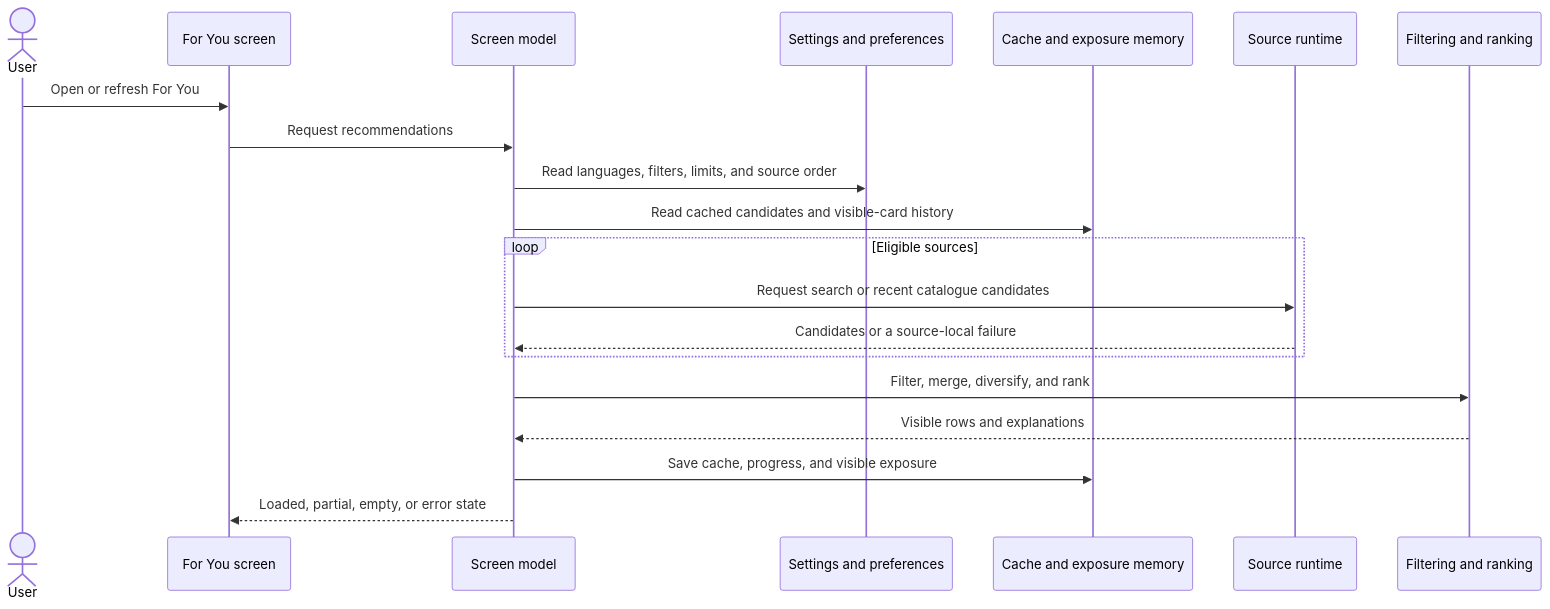
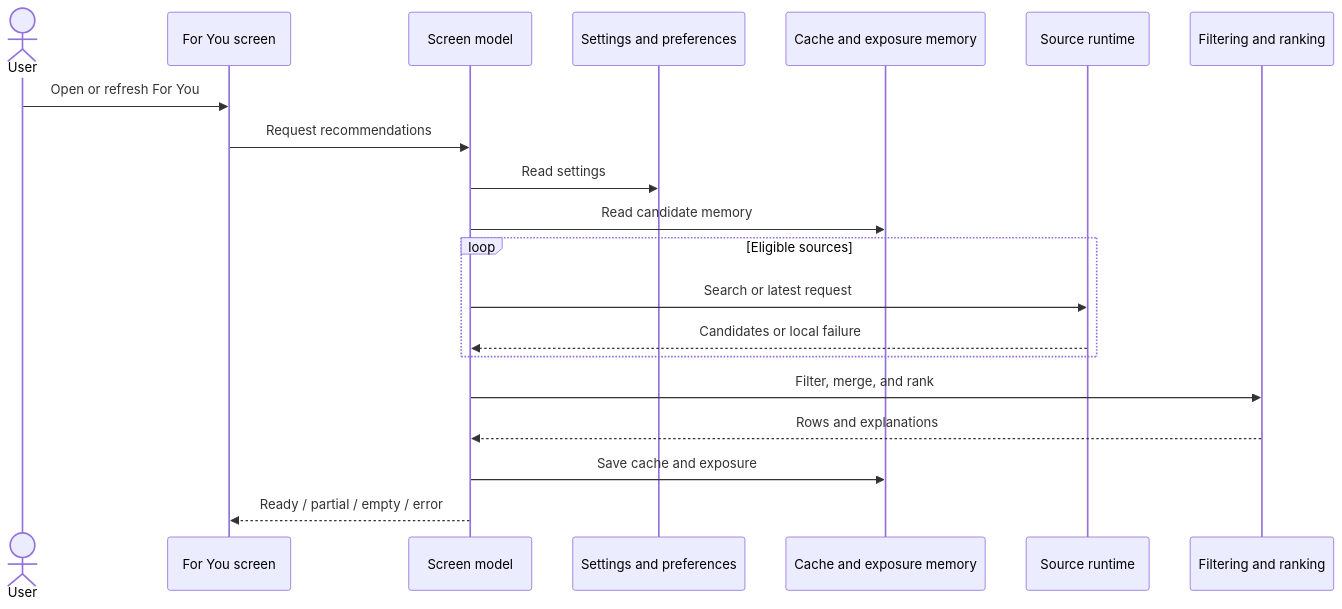
One commit to FancyCorey/komikku-KMK changed the second of 4 diagrams in docs/kmk/feature-guides/personalized-recommendations-and-discovery.md. Above: the diagram before and after it, drawn with Mermaid. The commit also changed 9 other files, not shown here.

Commit message:
Improve Mermaid diagram readability

````diff
--- a/docs/kmk/feature-guides/personalized-recommendations-and-discovery.md
+++ b/docs/kmk/feature-guides/personalized-recommendations-and-discovery.md
@@ -49,23 +49,23 @@
 ```mermaid
 sequenceDiagram
     actor User
     participant Screen as For You screen
     participant Model as Screen model
     participant Settings as Settings and preferences
     participant Memory as Cache and exposure memory
     participant Runtime as Source runtime
     participant Policy as Filtering and ranking
 
     User->>Screen: Open or refresh For You
     Screen->>Model: Request recommendations
-    Model->>Settings: Read languages, filters, limits, and source order
-    Model->>Memory: Read cached candidates and visible-card history
+    Model->>Settings: Read settings
+    Model->>Memory: Read candidate memory
     loop Eligible sources
-        Model->>Runtime: Request search or recent catalogue candidates
-        Runtime-->>Model: Candidates or a source-local failure
+        Model->>Runtime: Search or latest request
+        Runtime-->>Model: Candidates or local failure
     end
-    Model->>Policy: Filter, merge, diversify, and rank
-    Policy-->>Model: Visible rows and explanations
-    Model->>Memory: Save cache, progress, and visible exposure
-    Model-->>Screen: Loaded, partial, empty, or error state
+    Model->>Policy: Filter, merge, and rank
+    Policy-->>Model: Rows and explanations
+    Model->>Memory: Save cache and exposure
+    Model-->>Screen: Ready / partial / empty / error
 ```
````
